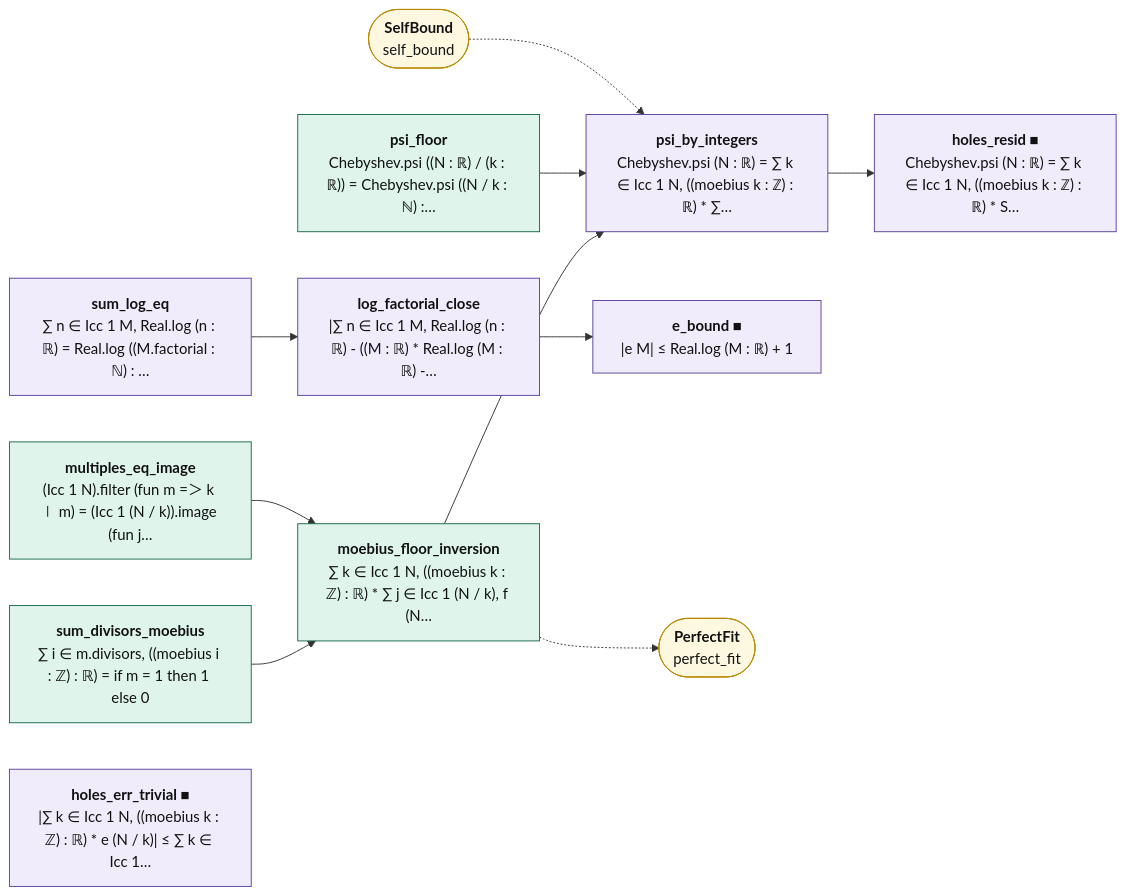
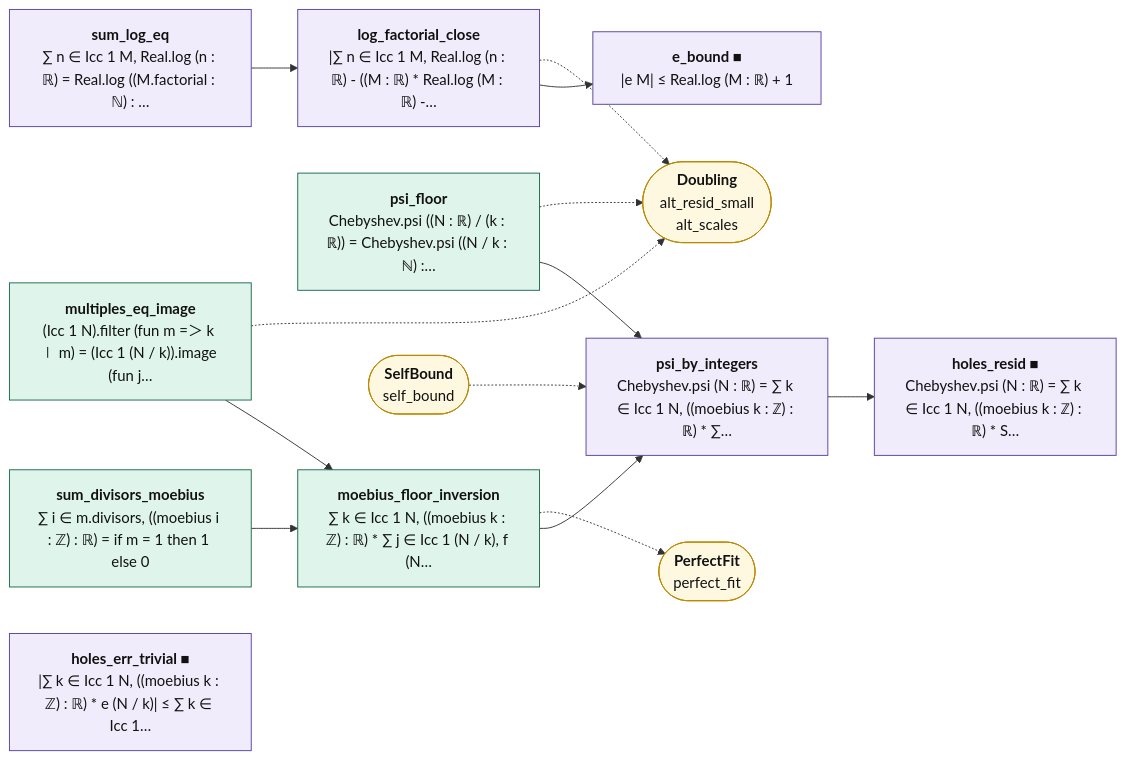
Before and after one commit to juliansambranojr/Primebeat_081426: the diagram in map/lean_stage3/NoHoles.mmd, drawn with Mermaid. The commit also changed 23 other files, not shown here.

```diff
--- a/map/lean_stage3/NoHoles.mmd
+++ b/map/lean_stage3/NoHoles.mmd
@@ -1,30 +1,34 @@
 flowchart LR
   n0["<b>sum_divisors_moebius</b><br/>∑ i ∈ m.divisors, ((moebius i : ℤ) : ℝ) = if m = 1 then 1 else 0"]:::cnt
   n1["<b>multiples_eq_image</b><br/>(Icc 1 N).filter (fun m =＞ k ∣ m) = (Icc 1 (N / k)).image (fun j…"]:::cnt
   n2["<b>moebius_floor_inversion</b><br/>∑ k ∈ Icc 1 N, ((moebius k : ℤ) : ℝ) * ∑ j ∈ Icc 1 (N / k), f (N…"]:::cnt
   n3["<b>psi_floor</b><br/>Chebyshev.psi ((N : ℝ) / (k : ℝ)) = Chebyshev.psi ((N / k : ℕ) :…"]:::cnt
   n4["<b>psi_by_integers</b><br/>Chebyshev.psi (N : ℝ) = ∑ k ∈ Icc 1 N, ((moebius k : ℤ) : ℝ) * ∑…"]:::shp
   n5["<b>sum_log_eq</b><br/>∑ n ∈ Icc 1 M, Real.log (n : ℝ) = Real.log ((M.factorial : ℕ) : …"]:::shp
   n6["<b>log_factorial_close</b><br/>|∑ n ∈ Icc 1 M, Real.log (n : ℝ) - ((M : ℝ) * Real.log (M : ℝ) -…"]:::shp
   n7["<b>e_bound ■</b><br/>|e M| ≤ Real.log (M : ℝ) + 1"]:::shp
   n8["<b>holes_resid ■</b><br/>Chebyshev.psi (N : ℝ) = ∑ k ∈ Icc 1 N, ((moebius k : ℤ) : ℝ) * S…"]:::shp
   n9["<b>holes_err_trivial ■</b><br/>|∑ k ∈ Icc 1 N, ((moebius k : ℤ) : ℝ) * e (N / k)| ≤ ∑ k ∈ Icc 1…"]:::shp
-  x0(["<b>PerfectFit</b><br/>perfect_fit"]):::ext
-  x1(["<b>SelfBound</b><br/>self_bound"]):::ext
+  x0(["<b>Doubling</b><br/>alt_resid_small<br/>alt_scales"]):::ext
+  x1(["<b>PerfectFit</b><br/>perfect_fit"]):::ext
+  x2(["<b>SelfBound</b><br/>self_bound"]):::ext
   n0 --> n2
   n1 --> n2
   n2 --> n4
   n3 --> n4
   n4 --> n8
   n5 --> n6
   n6 --> n7
-  n2 -.-> x0
-  x1 -.-> n4
+  n1 -.-> x0
+  n2 -.-> x1
+  n3 -.-> x0
+  n6 -.-> x0
+  x2 -.-> n4
   classDef cnt fill:#dff5ec,stroke:#17694a,color:#111
   classDef shp fill:#f1ecfb,stroke:#5b3fa0,color:#111
   classDef rh fill:#ffe5e5,stroke:#c22,color:#111,stroke-width:2px
   classDef thm fill:#eef4ff,stroke:#335,color:#111
   classDef end_ fill:#e7f7e7,stroke:#2a7,color:#111,stroke-width:2px
   classDef lone fill:#fff,stroke:#999,color:#111,stroke-dasharray:4 3
   classDef bad fill:#ffe5e5,stroke:#c22,color:#111,stroke-width:2px
   classDef ext fill:#fff8e1,stroke:#b80,color:#111
```
